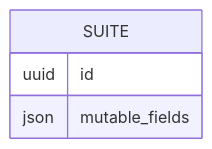
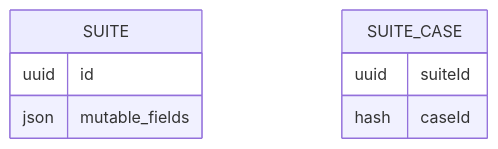
The second of 5 diagrams in documentation/data-model.md (MikeHopcroft/gotaglio-web), drawn with Mermaid before and after one commit. The commit also changed other lines of this file, not shown here.

````diff
--- a/documentation/data-model.md
+++ b/documentation/data-model.md
@@ -48,7 +110,11 @@
 ```mermaid
 erDiagram
     SUITE {
       uuid id
       json mutable_fields
     }
+    SUITE_CASE {
+      uuid suiteId
+      hash caseId
+    }
 ```
````
